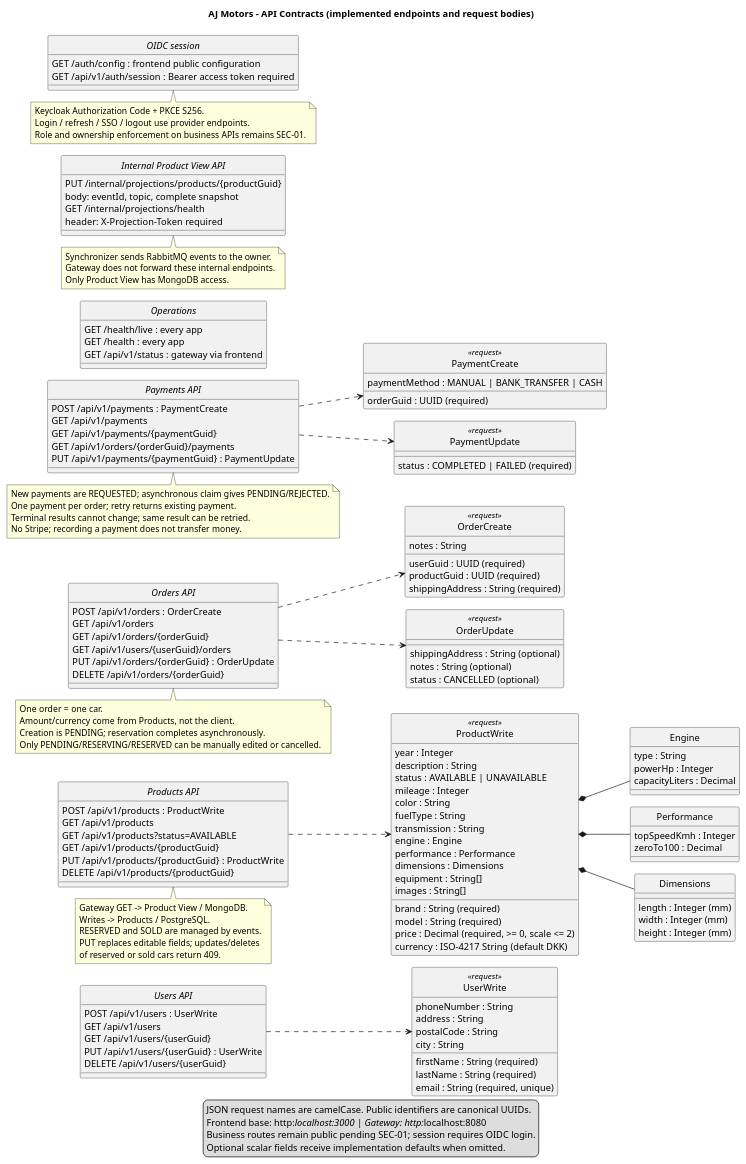
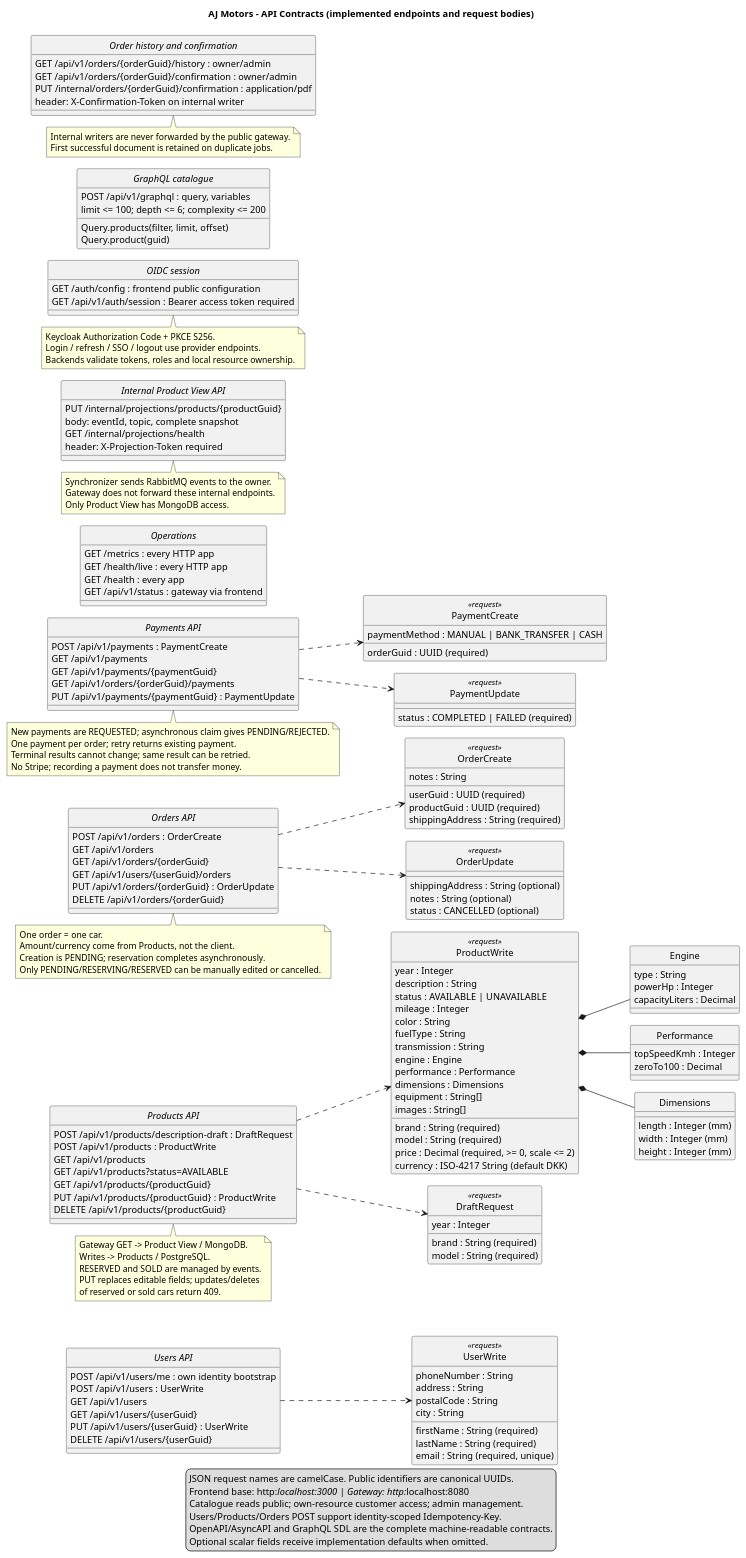
Before and after one commit to AhmadAlkaseb/aj: the diagram in documentation/application/API Contracts.puml, drawn with PlantUML. The commit also changed 120 other files, not shown here.

```diff
--- a/documentation/application/API Contracts.puml
+++ b/documentation/application/API Contracts.puml
@@ -1,162 +1,189 @@
 @startuml
 !pragma layout smetana
 title AJ Motors - API Contracts (implemented endpoints and request bodies)
 hide circle
 skinparam shadowing false
 skinparam classAttributeIconSize 0
 skinparam defaultFontName SansSerif
 left to right direction
 
 interface "Users API" as users {
+  POST /api/v1/users/me : own identity bootstrap
   POST /api/v1/users : UserWrite
   GET /api/v1/users
   GET /api/v1/users/{userGuid}
   PUT /api/v1/users/{userGuid} : UserWrite
   DELETE /api/v1/users/{userGuid}
 }
 class UserWrite <<request>> {
   firstName : String (required)
   lastName : String (required)
   email : String (required, unique)
   phoneNumber : String
   address : String
   postalCode : String
   city : String
 }
 users ..> UserWrite
 
 interface "Products API" as products {
+  POST /api/v1/products/description-draft : DraftRequest
   POST /api/v1/products : ProductWrite
   GET /api/v1/products
   GET /api/v1/products?status=AVAILABLE
   GET /api/v1/products/{productGuid}
   PUT /api/v1/products/{productGuid} : ProductWrite
   DELETE /api/v1/products/{productGuid}
 }
 class ProductWrite <<request>> {
   brand : String (required)
   model : String (required)
   year : Integer
   description : String
   price : Decimal (required, >= 0, scale <= 2)
   currency : ISO-4217 String (default DKK)
   status : AVAILABLE | UNAVAILABLE
   mileage : Integer
   color : String
   fuelType : String
   transmission : String
   engine : Engine
   performance : Performance
   dimensions : Dimensions
   equipment : String[]
   images : String[]
 }
 class Engine {
   type : String
   powerHp : Integer
   capacityLiters : Decimal
 }
 class Performance {
   topSpeedKmh : Integer
   zeroTo100 : Decimal
 }
 class Dimensions {
   length : Integer (mm)
   width : Integer (mm)
   height : Integer (mm)
 }
 products ..> ProductWrite
 ProductWrite *-- Engine
 ProductWrite *-- Performance
 ProductWrite *-- Dimensions
 note bottom of products
   Gateway GET -> Product View / MongoDB.
   Writes -> Products / PostgreSQL.
   RESERVED and SOLD are managed by events.
   PUT replaces editable fields; updates/deletes
   of reserved or sold cars return 409.
 end note
 
 interface "Orders API" as orders {
   POST /api/v1/orders : OrderCreate
   GET /api/v1/orders
   GET /api/v1/orders/{orderGuid}
   GET /api/v1/users/{userGuid}/orders
   PUT /api/v1/orders/{orderGuid} : OrderUpdate
   DELETE /api/v1/orders/{orderGuid}
 }
 class OrderCreate <<request>> {
   userGuid : UUID (required)
   productGuid : UUID (required)
   shippingAddress : String (required)
   notes : String
 }
 class OrderUpdate <<request>> {
   shippingAddress : String (optional)
   notes : String (optional)
   status : CANCELLED (optional)
 }
 orders ..> OrderCreate
 orders ..> OrderUpdate
 note bottom of orders
   One order = one car.
   Amount/currency come from Products, not the client.
   Creation is PENDING; reservation completes asynchronously.
   Only PENDING/RESERVING/RESERVED can be manually edited or cancelled.
 end note
 
 interface "Payments API" as payments {
   POST /api/v1/payments : PaymentCreate
   GET /api/v1/payments
   GET /api/v1/payments/{paymentGuid}
   GET /api/v1/orders/{orderGuid}/payments
   PUT /api/v1/payments/{paymentGuid} : PaymentUpdate
 }
 class PaymentCreate <<request>> {
   orderGuid : UUID (required)
   paymentMethod : MANUAL | BANK_TRANSFER | CASH
 }
 class PaymentUpdate <<request>> {
   status : COMPLETED | FAILED (required)
 }
 payments ..> PaymentCreate
 payments ..> PaymentUpdate
 note bottom of payments
   New payments are REQUESTED; asynchronous claim gives PENDING/REJECTED.
   One payment per order; retry returns existing payment.
   Terminal results cannot change; same result can be retried.
   No Stripe; recording a payment does not transfer money.
 end note
 
 interface "Operations" as ops {
-  GET /health/live : every app
+  GET /metrics : every HTTP app
+  GET /health/live : every HTTP app
   GET /health : every app
   GET /api/v1/status : gateway via frontend
 }
 interface "Internal Product View API" as projection {
   PUT /internal/projections/products/{productGuid}
   body: eventId, topic, complete snapshot
   GET /internal/projections/health
   header: X-Projection-Token required
 }
 note bottom of projection
   Synchronizer sends RabbitMQ events to the owner.
   Gateway does not forward these internal endpoints.
   Only Product View has MongoDB access.
 end note
 interface "OIDC session" as oidc {
   GET /auth/config : frontend public configuration
   GET /api/v1/auth/session : Bearer access token required
 }
 note bottom of oidc
   Keycloak Authorization Code + PKCE S256.
   Login / refresh / SSO / logout use provider endpoints.
-  Role and ownership enforcement on business APIs remains SEC-01.
+  Backends validate tokens, roles and local resource ownership.
+end note
+interface "GraphQL catalogue" as graphql {
+  POST /api/v1/graphql : query, variables
+  Query.products(filter, limit, offset)
+  Query.product(guid)
+  limit <= 100; depth <= 6; complexity <= 200
+}
+class DraftRequest <<request>> {
+  brand : String (required)
+  model : String (required)
+  year : Integer
+}
+products ..> DraftRequest
+interface "Order history and confirmation" as artifacts {
+  GET /api/v1/orders/{orderGuid}/history : owner/admin
+  GET /api/v1/orders/{orderGuid}/confirmation : owner/admin
+  PUT /internal/orders/{orderGuid}/confirmation : application/pdf
+  header: X-Confirmation-Token on internal writer
+}
+note bottom of artifacts
+  Internal writers are never forwarded by the public gateway.
+  First successful document is retained on duplicate jobs.
 end note
 legend bottom
   JSON request names are camelCase. Public identifiers are canonical UUIDs.
   Frontend base: http://localhost:3000 | Gateway: http://localhost:8080
-  Business routes remain public pending SEC-01; session requires OIDC login.
+  Catalogue reads public; own-resource customer access; admin management.
+Users/Products/Orders POST support identity-scoped Idempotency-Key.
+OpenAPI/AsyncAPI and GraphQL SDL are the complete machine-readable contracts.
   Optional scalar fields receive implementation defaults when omitted.
 endlegend
 @enduml
```
